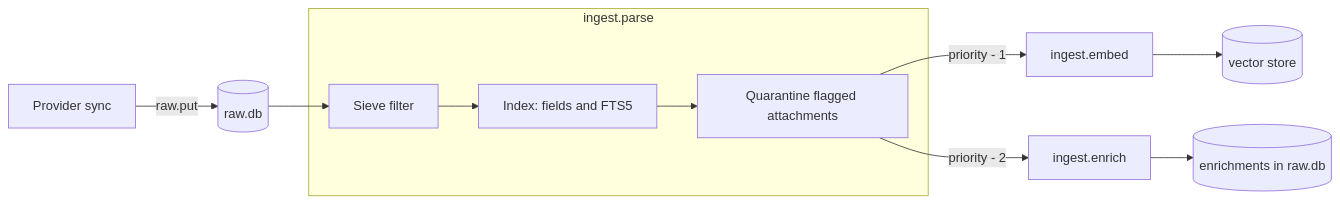
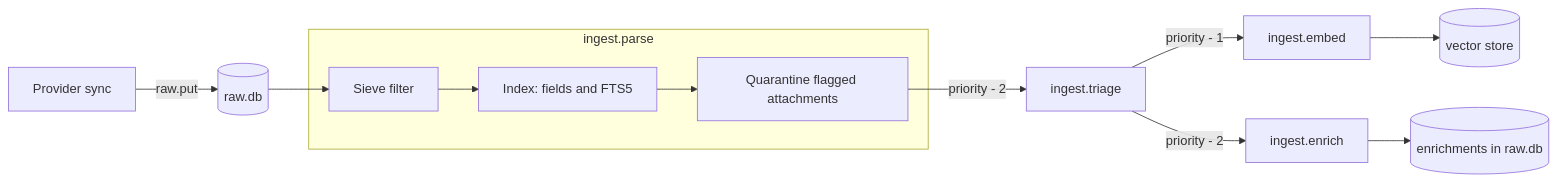
Before and after one commit to dfoulks1/oaken-mail: the diagram in docs/architecture/ingest-pipeline.md, drawn with Mermaid. The commit also changed other lines of this file and 2 other files, not shown here.

First line of the commit message:
fix(ingest): queue embed after triage when triage is on

````diff
--- a/docs/architecture/ingest-pipeline.md
+++ b/docs/architecture/ingest-pipeline.md
@@ -13,12 +13,13 @@
 ```mermaid
 flowchart LR
     S[Provider sync] -->|raw.put| R[(raw.db)]
     R --> F
     subgraph PARSE[ingest.parse]
         F[Sieve filter] --> I[Index: fields and FTS5] --> Q[Quarantine flagged attachments]
     end
-    Q -->|priority - 1| E[ingest.embed]
-    Q -->|priority - 2| N[ingest.enrich]
+    Q -->|priority - 2| T[ingest.triage]
+    T -->|priority - 1| E[ingest.embed]
+    T -->|priority - 2| N[ingest.enrich]
     E --> V[(vector store)]
     N --> X[(enrichments in raw.db)]
 ```
````
